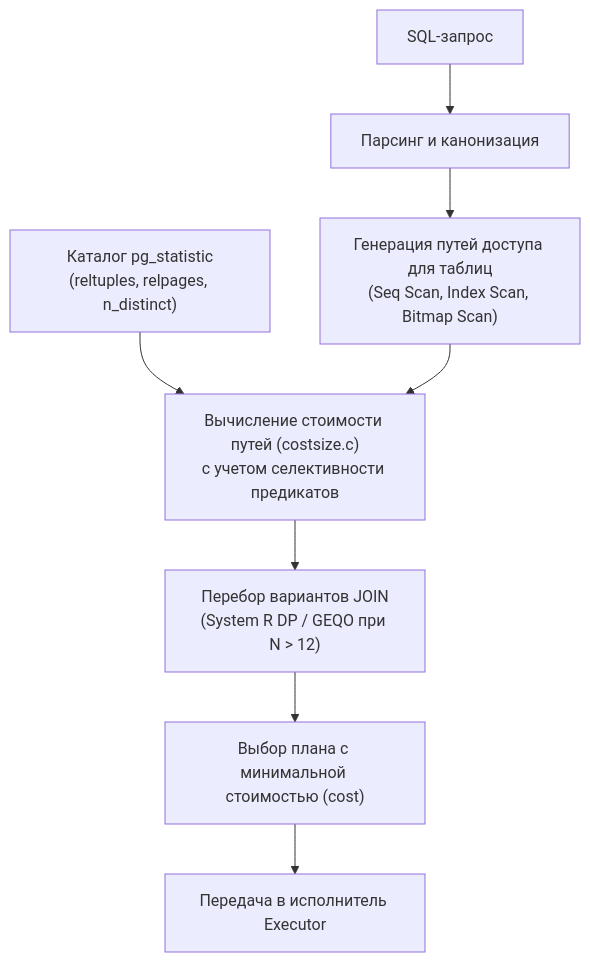
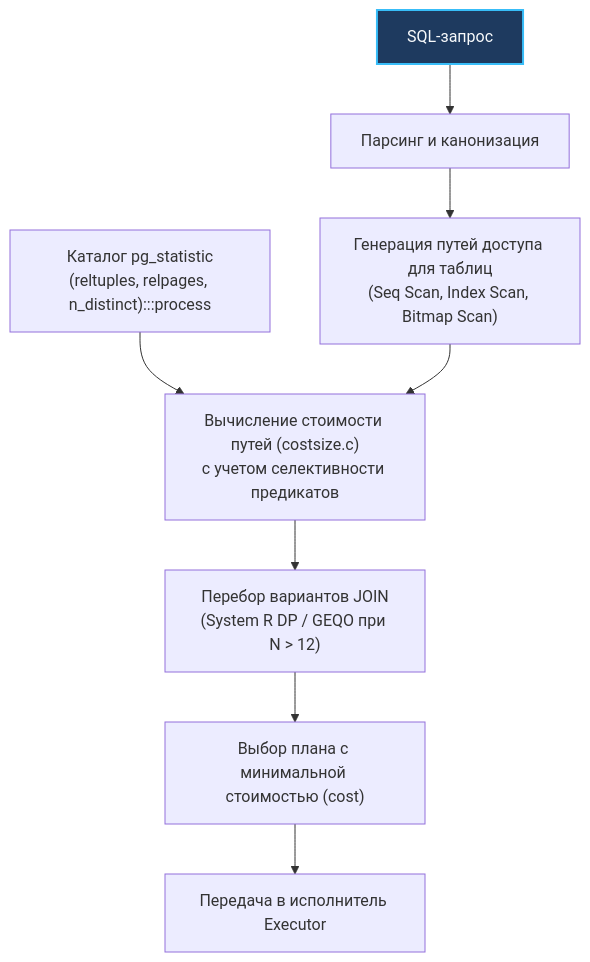
Before and after one commit to UnrealTemplier/go-textbook: the diagram in sources/12. Базы данных/04. Индексы и производительность/11. Cost based optimizer.md, drawn with Mermaid. The commit also changed 1666 other files, not shown here.

First line of the commit message:
feat(mermaid): add semantic color classDef to 1369 colorless flowchart/graph diagrams

````diff
--- a/sources/12. Базы данных/04. Индексы и производительность/11. Cost based optimizer.md
+++ b/sources/12. Базы данных/04. Индексы и производительность/11. Cost based optimizer.md
@@ -76,10 +76,20 @@
 ```mermaid
 flowchart TD
-    SQL["SQL-запрос"] --> Parse["Парсинг и канонизация"]
+    classDef process  fill:#1e293b,stroke:#38bdf8,stroke-width:1px,color:#f8fafc
+    classDef success  fill:#064e3b,stroke:#34d399,stroke-width:1px,color:#f8fafc
+    classDef error    fill:#7f1d1d,stroke:#f87171,stroke-width:1px,color:#f8fafc
+    classDef warning  fill:#78350f,stroke:#fbbf24,stroke-width:1px,color:#f8fafc
+    classDef entry    fill:#1e3a5f,stroke:#38bdf8,stroke-width:2px,color:#f8fafc
+    classDef aux      fill:#334155,stroke:#64748b,stroke-width:1px,color:#f8fafc
+    classDef system   fill:#312e81,stroke:#a78bfa,stroke-width:1px,color:#f8fafc
+    classDef data     fill:#132d29,stroke:#2dd4bf,stroke-width:1px,color:#f8fafc
+    classDef network  fill:#881337,stroke:#fb7185,stroke-width:1px,color:#f8fafc
+    classDef accent   fill:#1e1b4b,stroke:#818cf8,stroke-width:1px,color:#f8fafc
+    SQL["SQL-запрос"]:::entry --> Parse["Парсинг и канонизация"]
     Parse --> GenPaths["Генерация путей доступа для таблиц<br>(Seq Scan, Index Scan, Bitmap Scan)"]
-    Stat["Каталог pg_statistic<br>(reltuples, relpages, n_distinct)"] --> CostEval["Вычисление стоимости путей (costsize.c)<br>с учетом селективности предикатов"]
+    Stat["Каталог pg_statistic<br>(reltuples, relpages, n_distinct):::process"] --> CostEval["Вычисление стоимости путей (costsize.c)<br>с учетом селективности предикатов"]
     GenPaths --> CostEval
     CostEval --> JoinEnum["Перебор вариантов JOIN<br>(System R DP / GEQO при N > 12)"]
     JoinEnum --> BestPath["Выбор плана с минимальной стоимостью (cost)"]
     BestPath --> Execute["Передача в исполнитель Executor"]
 ```
````
